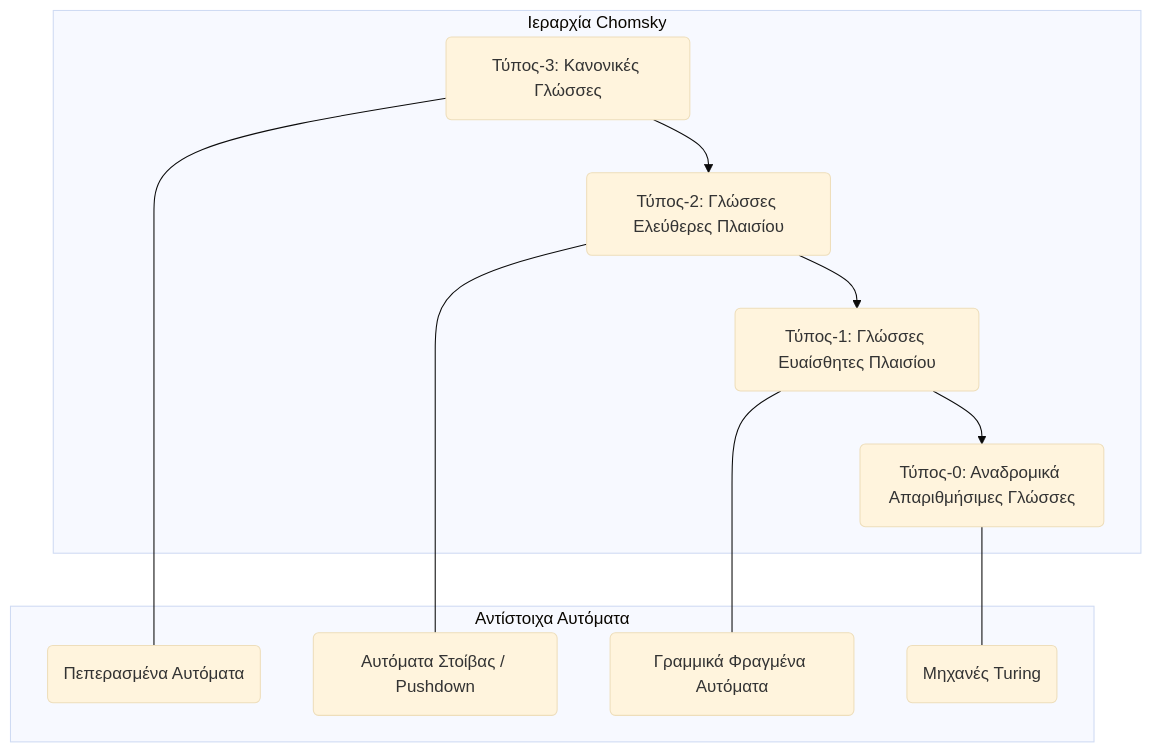
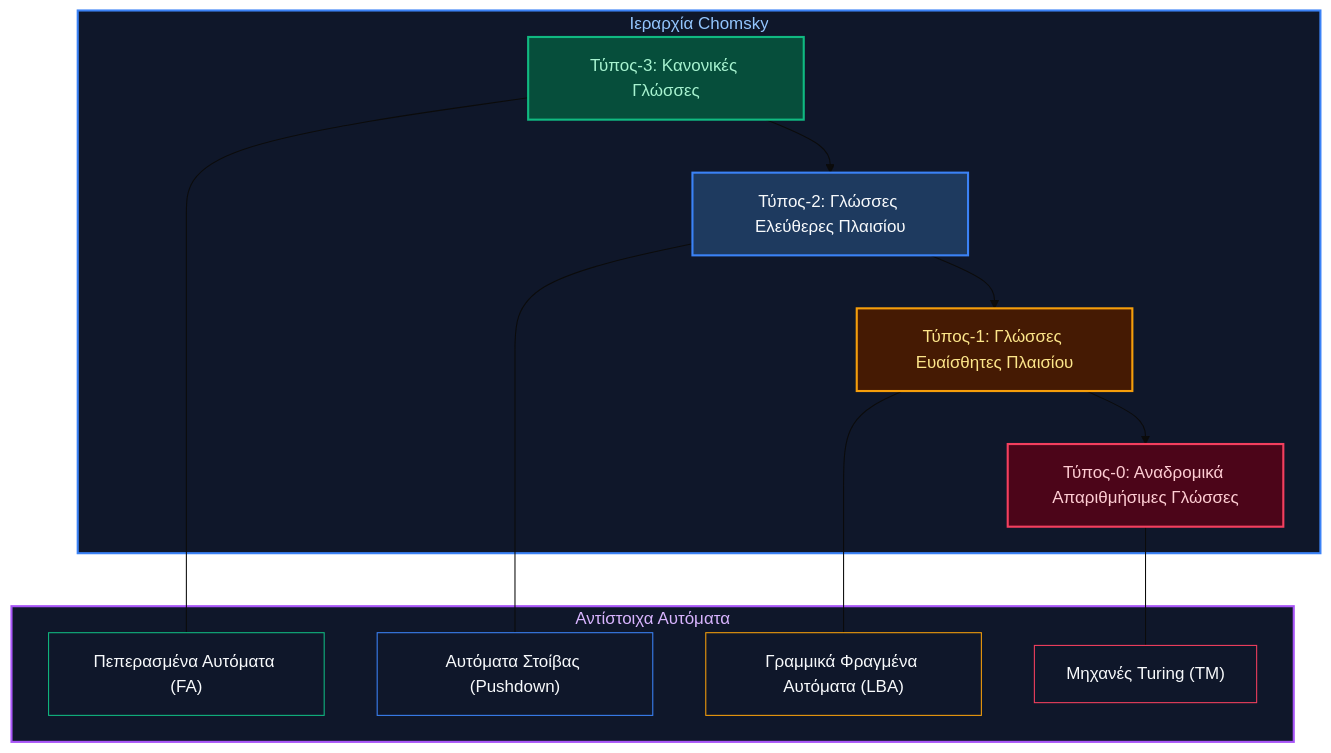
One commit to PanagopoulosNikolaos/DitOpenNotes changed the fourth of 4 diagrams in Year_1/Semester_2/DISCRETE_MATHEMATICS/Resources/Notes/07_automata_and_formal_languages.md. Above: the diagram before and after it, drawn with Mermaid (base theme). The commit also changed other lines of this file and 6 other files, not shown here.

````diff
--- a/Year_1/Semester_2/DISCRETE_MATHEMATICS/Resources/Notes/07_automata_and_formal_languages.md
+++ b/Year_1/Semester_2/DISCRETE_MATHEMATICS/Resources/Notes/07_automata_and_formal_languages.md
@@ -101,21 +116,32 @@
 ```mermaid
 graph TD
-    subgraph Ιεραρχία Chomsky
-        A(Τύπος-3: Κανονικές Γλώσσες)
-        B(Τύπος-2: Γλώσσες Ελεύθερες Πλαισίου)
-        C(Τύπος-1: Γλώσσες Ευαίσθητες Πλαισίου)
-        D(Τύπος-0: Αναδρομικά Απαριθμήσιμες Γλώσσες)
+    subgraph Chomsky ["Ιεραρχία Chomsky"]
+        A["Τύπος-3: Κανονικές Γλώσσες"]
+        B["Τύπος-2: Γλώσσες Ελεύθερες Πλαισίου"]
+        C["Τύπος-1: Γλώσσες Ευαίσθητες Πλαισίου"]
+        D["Τύπος-0: Αναδρομικά Απαριθμήσιμες Γλώσσες"]
     end
-    A --> B --> C --> D;
+    A --> B --> C --> D
 
-    subgraph Αντίστοιχα Αυτόματα
-        E(Πεπερασμένα Αυτόματα)
-        F(Αυτόματα Στοίβας / Pushdown)
-        G(Γραμμικά Φραγμένα Αυτόματα)
-        H(Μηχανές Turing)
+    subgraph Automata ["Αντίστοιχα Αυτόματα"]
+        E["Πεπερασμένα Αυτόματα (FA)"]
+        F["Αυτόματα Στοίβας (Pushdown)"]
+        G["Γραμμικά Φραγμένα Αυτόματα (LBA)"]
+        H["Μηχανές Turing (TM)"]
     end
-    A --- E;
-    B --- F;
-    C --- G;
-    D --- H;
+    A --- E
+    B --- F
+    C --- G
+    D --- H
+
+    style Chomsky fill:#0f172a,stroke:#3b82f6,stroke-width:2px,color:#93c5fd
+    style Automata fill:#0f172a,stroke:#a855f7,stroke-width:2px,color:#d8b4fe
+    style A fill:#064e3b,stroke:#10b981,stroke-width:2px,color:#a7f3d0
+    style B fill:#1e3a5f,stroke:#3b82f6,stroke-width:2px,color:#f8fafc
+    style C fill:#451a03,stroke:#f59e0b,stroke-width:2px,color:#fde68a
+    style D fill:#4c0519,stroke:#f43f5e,stroke-width:2px,color:#fecdd3
+    style E fill:#0f172a,stroke:#10b981,stroke-width:1px,color:#f8fafc
+    style F fill:#0f172a,stroke:#3b82f6,stroke-width:1px,color:#f8fafc
+    style G fill:#0f172a,stroke:#f59e0b,stroke-width:1px,color:#f8fafc
+    style H fill:#0f172a,stroke:#f43f5e,stroke-width:1px,color:#f8fafc
 ```
````
